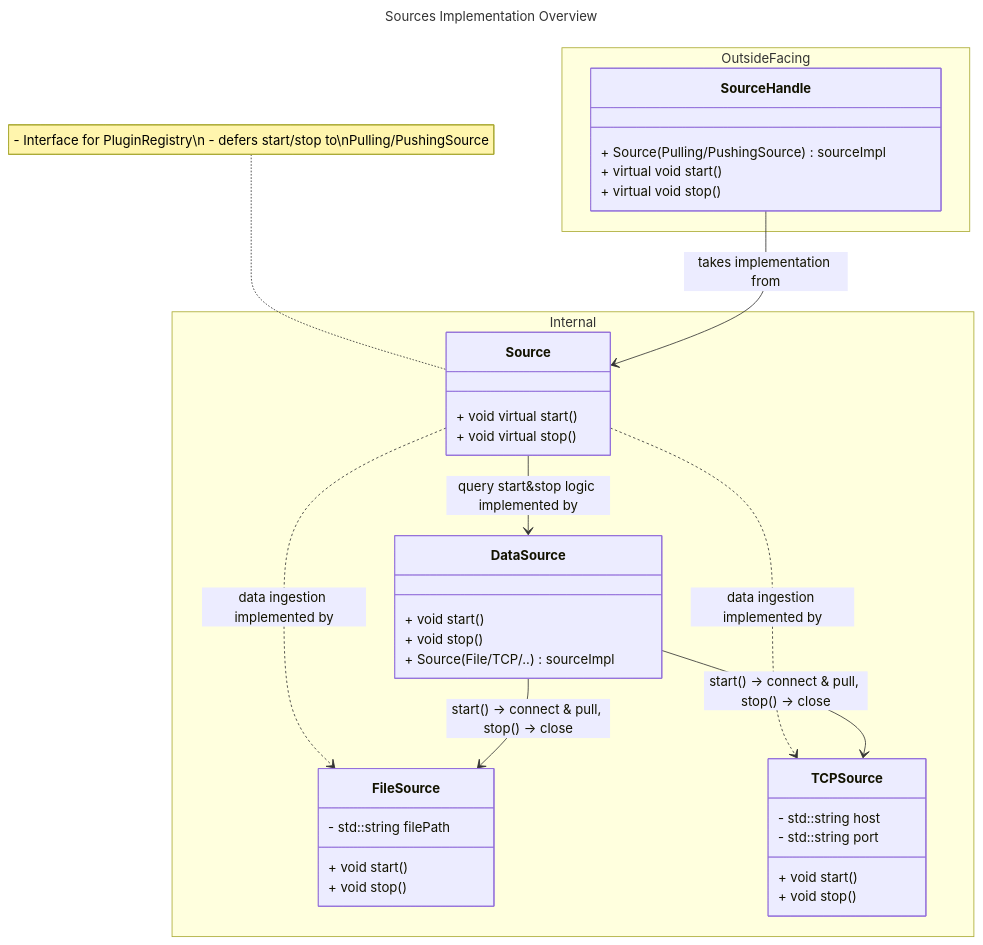
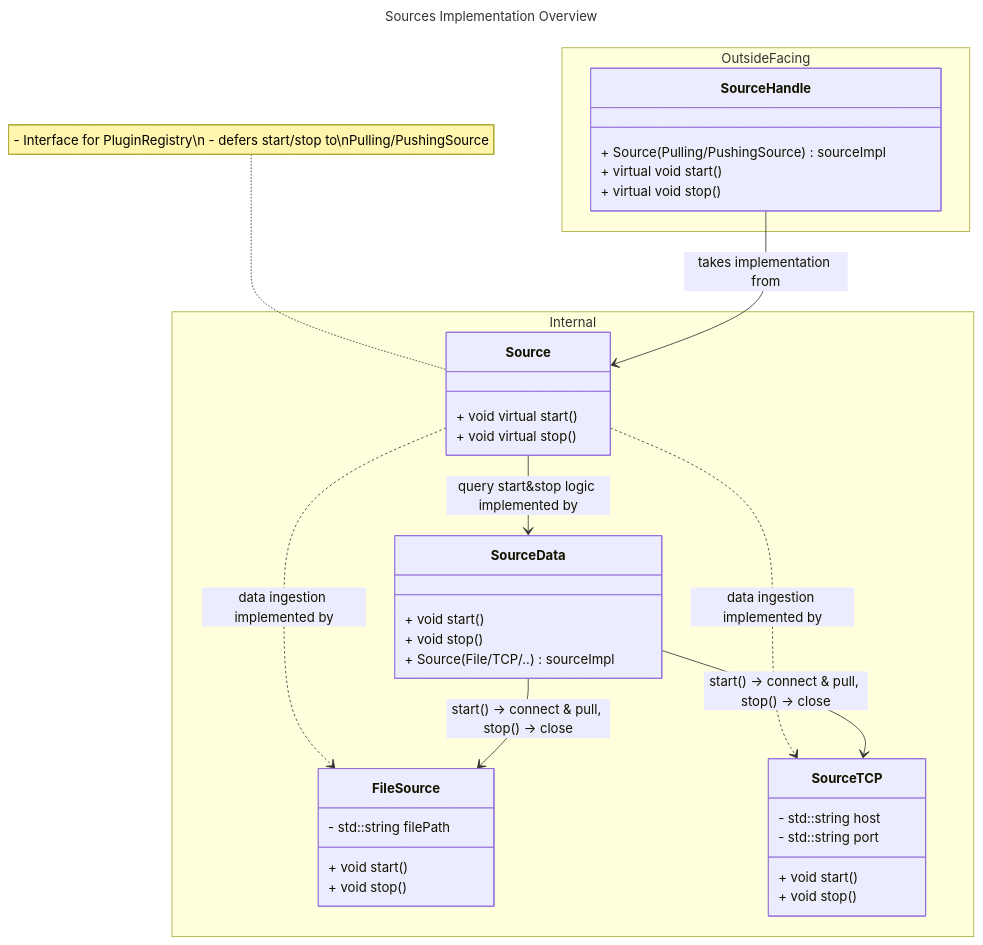
The second of 4 diagrams in nes-sources/src/ClassHierarchy.md (nebulastream/nebulastream), drawn with Mermaid before and after one commit. The commit also changed other lines of this file and 54 other files, not shown here.

````diff
--- a/nes-sources/src/ClassHierarchy.md
+++ b/nes-sources/src/ClassHierarchy.md
@@ -61,49 +61,49 @@
 ```mermaid
 ---
 title: Sources Implementation Overview
 ---
 classDiagram
     SourceHandle --> Source : takes implementation from
-    Source --> DataSource : query start&stop logic implemented by
+    Source --> SourceData : query start&stop logic implemented by
     Source ..> FileSource : data ingestion implemented by 
-    Source ..> TCPSource : data ingestion implemented by
-    DataSource --> FileSource : start() -> connect & pull, stop() -> close
-    DataSource --> TCPSource : start() -> connect & pull, stop() -> close
+    Source ..> SourceTCP : data ingestion implemented by
+    SourceData --> FileSource : start() -> connect & pull, stop() -> close
+    SourceData --> SourceTCP : start() -> connect & pull, stop() -> close
     
     note for Source "- Interface for PluginRegistry\n - defers start/stop to\nPulling/PushingSource"
     
 namespace OutsideFacing {
     class SourceHandle {
         + Source(Pulling/PushingSource) sourceImpl
         + virtual void start()
         + virtual void stop()
     }
 }
 
 namespace Internal {
     %% Source is the interface for the PluginRegistry for sources
     class Source {
         + void virtual start()
         + void virtual stop()
     }
     
-    class DataSource {
+    class SourceData {
         + void start()
         + void stop()
         + Source(File/TCP/..) sourceImpl
     }
     
     class FileSource {
         + void start()
         + void stop()
         - std::string filePath
     }
     
-    class TCPSource {
+    class SourceTCP {
         + void start()
         + void stop()
         - std::string host
         - std::string port
     }
 }
 ```
````
